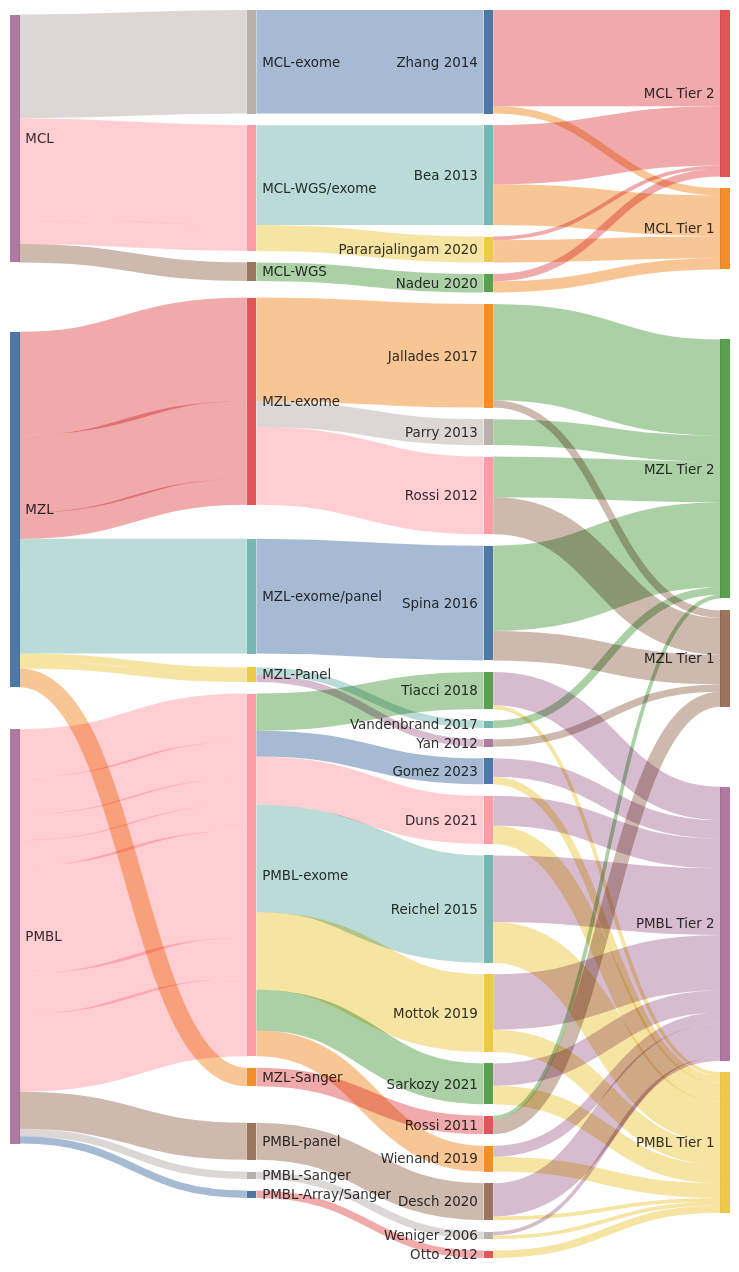
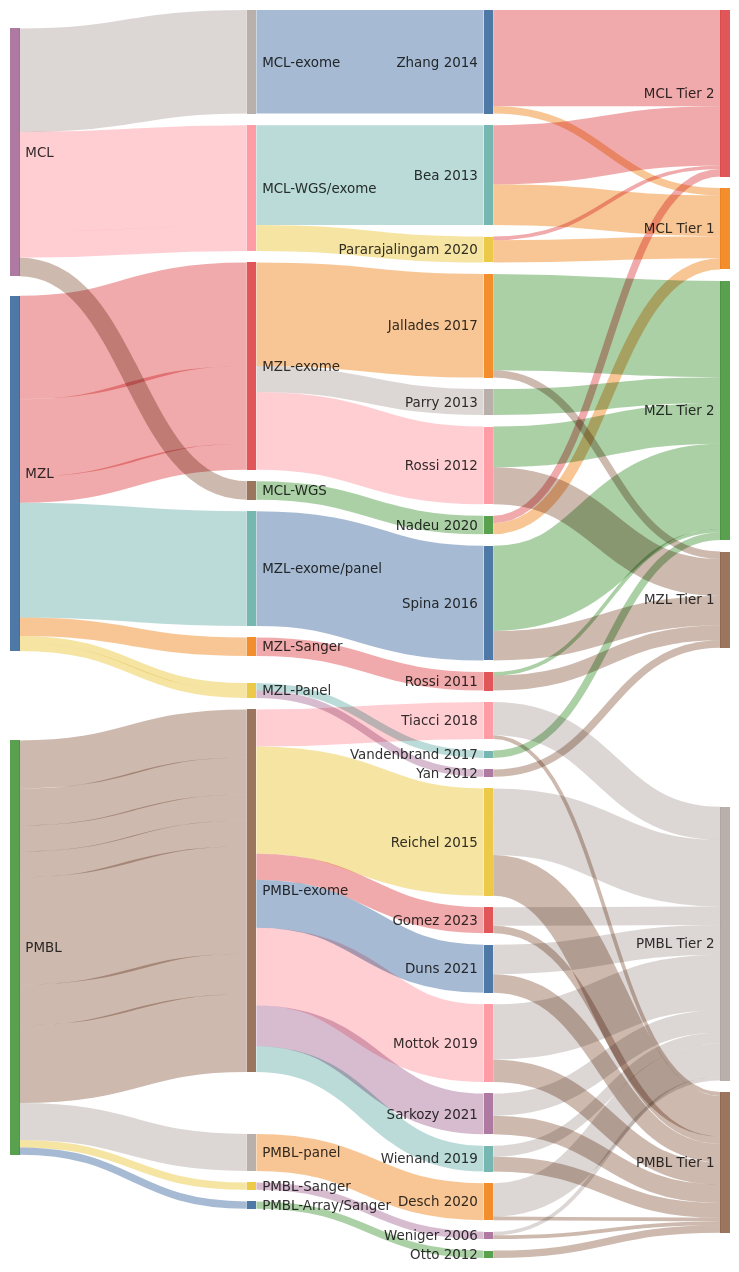
The second of 2 diagrams in Home.md (morinlab/lymphopedia), drawn with Mermaid before and after one commit.

```diff
--- a/Home.md
+++ b/Home.md
@@ -203,6 +203,8 @@
 MZL-exome, Rossi 2012, 21
 MZL, MZL-exome, 7
 MZL-exome, Parry 2013, 7
+PMBL, PMBL-Sanger, 2
+PMBL-Sanger, Weniger 2006, 2
 Tiacci 2018, PMBL Tier 1, 1
 Tiacci 2018, PMBL Tier 2, 9
 Duns 2021, PMBL Tier 1, 5
@@ -230,8 +232,7 @@
 PMBL-panel, Desch 2020, 10
 PMBL, PMBL-exome, 7
 PMBL-exome, Gomez 2023, 7
-PMBL, PMBL-Sanger, 2
-PMBL-Sanger, Weniger 2006, 2
+
 PMBL, PMBL-exome, 7
 PMBL-exome, Wienand 2019, 7
 PMBL, PMBL-exome, 29
```
